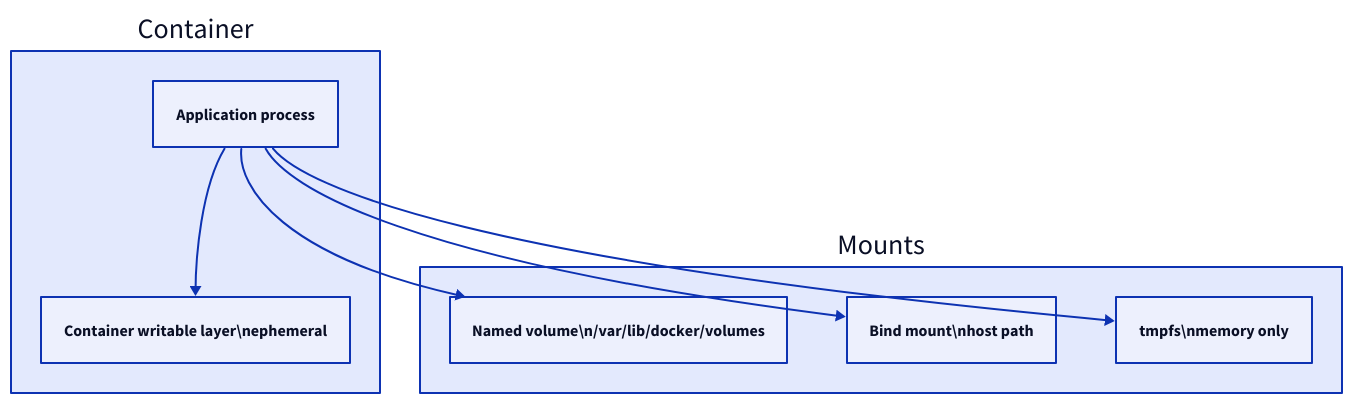
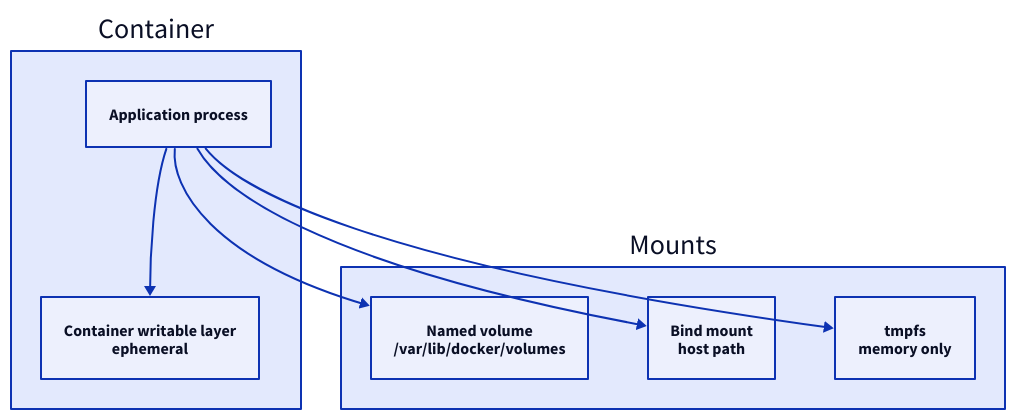
One commit to rebash-rebash/rebash-academy changed the diagram in docs/docker/volumes-and-persistent-storage.md. Above: the diagram before and after it, drawn with D2. The commit also changed 177 other files, not shown here.

First line of the commit message:
Ship Terraform track, diagram polish, and new brand favicon.

````diff
--- a/docs/docker/volumes-and-persistent-storage.md
+++ b/docs/docker/volumes-and-persistent-storage.md
@@ -49,17 +49,17 @@
 ```d2
 direction: down
 
 Container: Container {
         APP: "Application process"
-        RW: "Container writable layer\\nephemeral"
+        RW: "Container writable layer\nephemeral"
     }
     Mounts: Mounts {
-        VOL: "Named volume\\n/var/lib/docker/volumes"
-        BIND: "Bind mount\\nhost path"
-        TMP: "tmpfs\\nmemory only"
+        VOL: "Named volume\n/var/lib/docker/volumes"
+        BIND: "Bind mount\nhost path"
+        TMP: "tmpfs\nmemory only"
     }
     Container.APP -> Container.RW
     Container.APP -> Mounts.VOL
     Container.APP -> Mounts.BIND
     Container.APP -> Mounts.TMP
 ```
````
